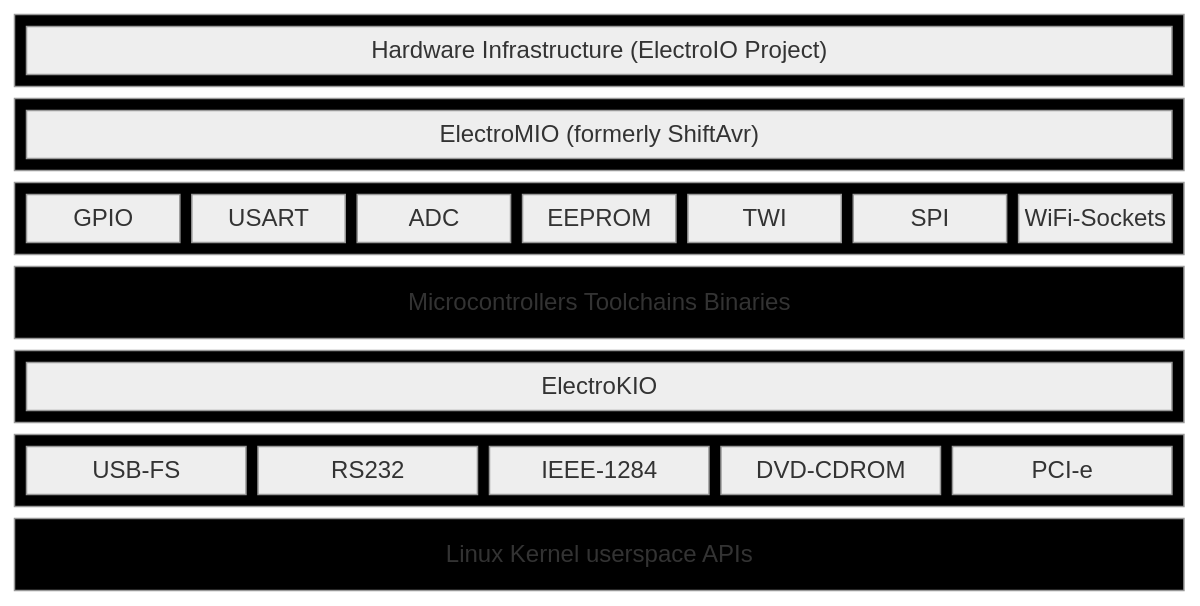
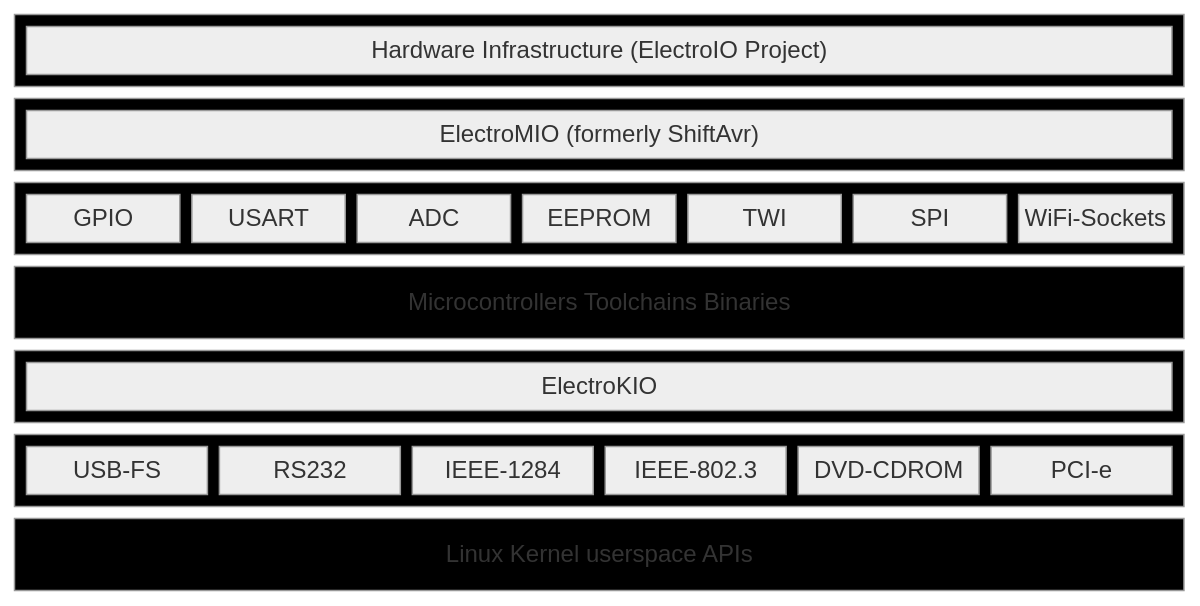
Before and after one commit to Electrostat-Lab/Electrostatic-Sandbox: the fifth of 6 diagrams in README.md, drawn with Mermaid (neutral theme).

````diff
--- a/README.md
+++ b/README.md
@@ -187,42 +187,43 @@
 ```mermaid
 block-beta
 columns 1
 block:INFRA
     _INFRA["Hardware Infrastructure (ElectroIO Project)"]
 end
 block:ELECTROMIO
     _ELECTROMIO["ElectroMIO (formerly ShiftAvr)"]
 end
 block:__ELECTROMIO
   GPIO["GPIO"]
   UART["USART"]
   ADC["ADC"]
   EEPROM["EEPROM"]
   TWI["TWI"]
   SPI["SPI"]
   SOCKET["WiFi-Sockets"]
 end
 MCU["Microcontrollers Toolchains Binaries"]
 
 block:ELECTROKIO
     _ELECTROKIO["ElectroKIO"]
 end
 
 block:__ELECTROKIO
     USB["USB-FS"]
     RS232["RS232"]
     PARA["IEEE-1284"]
+    ETH["IEEE-802.3"]
     CD["DVD-CDROM"]
     PCI["PCI-e"]
 end
 KIO["Linux Kernel userspace APIs"]
 
 style INFRA fill:#000,stroke:#999
 style ELECTROMIO fill:#000,stroke:#999
 style __ELECTROMIO fill:#000,stroke:#999
 style MCU fill:#000,stroke:#999
 
 style ELECTROKIO fill:#000,stroke:#999
 style __ELECTROKIO fill:#000,stroke:#999
 style KIO fill:#000,stroke:#999
 ```
````
